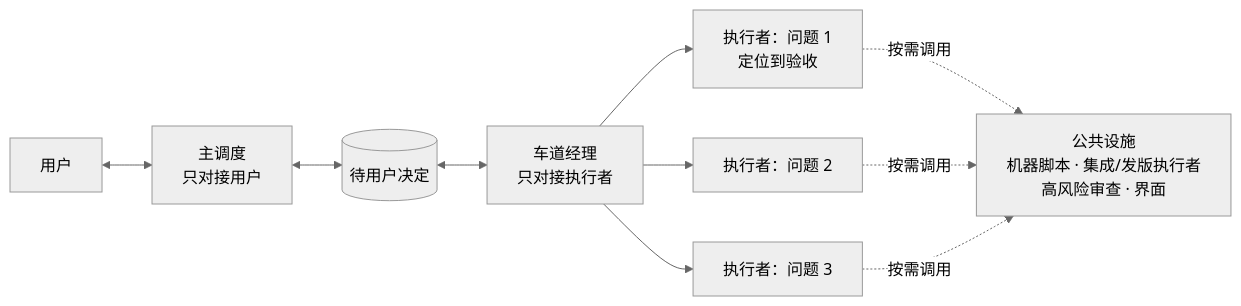
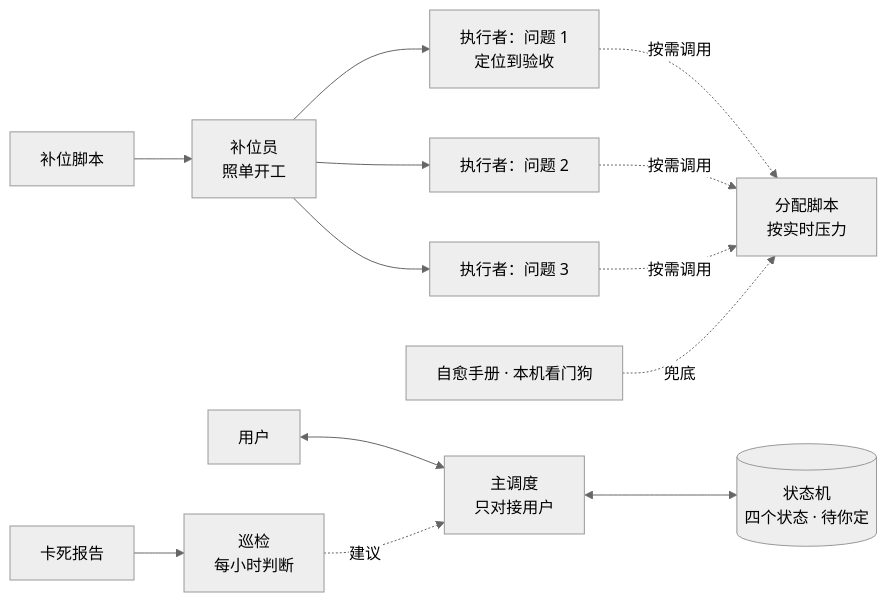
The diagram in README.md (LaiHu2002/reliable-agent-dispatch), drawn with Mermaid (neutral theme) before and after one commit. The commit also changed other lines of this file and 11 other files, not shown here.

````diff
--- a/README.md
+++ b/README.md
@@ -11,10 +11,13 @@
 ```mermaid
 flowchart LR
     U[用户] <--> D[主调度<br/>只对接用户]
-    D <--> Q[(待用户决定)]
-    Q <--> M[车道经理<br/>只对接执行者]
-    M --> W1[执行者：问题 1<br/>定位到验收]
-    M --> W2[执行者：问题 2]
-    M --> W3[执行者：问题 3]
-    W1 & W2 & W3 -.按需调用.-> F[公共设施<br/>机器脚本 · 集成/发版执行者<br/>高风险审查 · 界面]
+    D <--> Q[(状态机<br/>四个状态 · 待你定)]
+    S1[补位脚本] --> F[补位员<br/>照单开工]
+    F --> W1[执行者：问题 1<br/>定位到验收]
+    F --> W2[执行者：问题 2]
+    F --> W3[执行者：问题 3]
+    W1 & W2 & W3 -.按需调用.-> M[分配脚本<br/>按实时压力]
+    S2[卡死报告] --> P[巡检<br/>每小时判断]
+    P -.建议.-> D
+    H[自愈手册 · 本机看门狗] -.兜底.-> M
 ```
````
